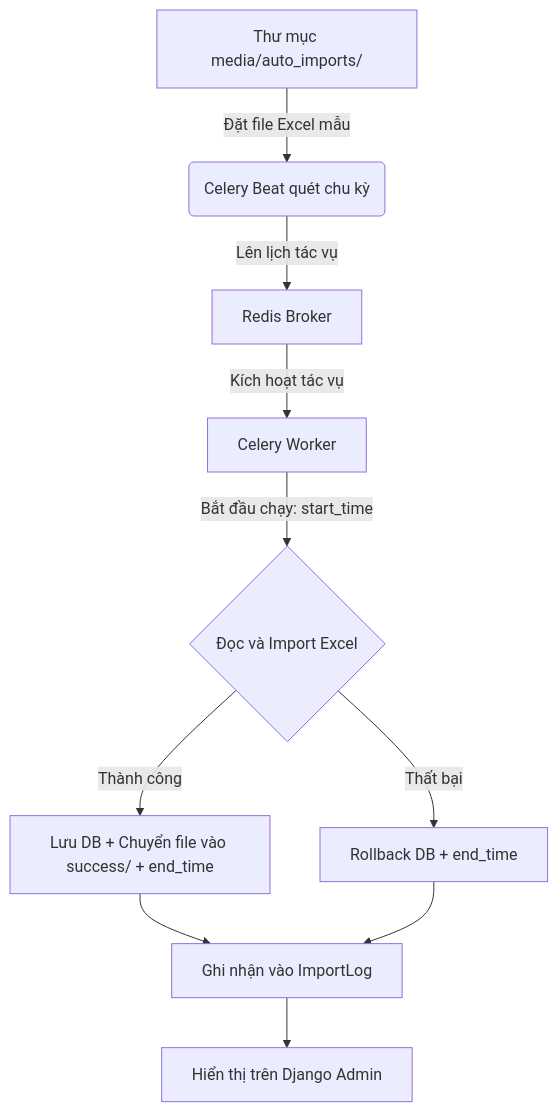
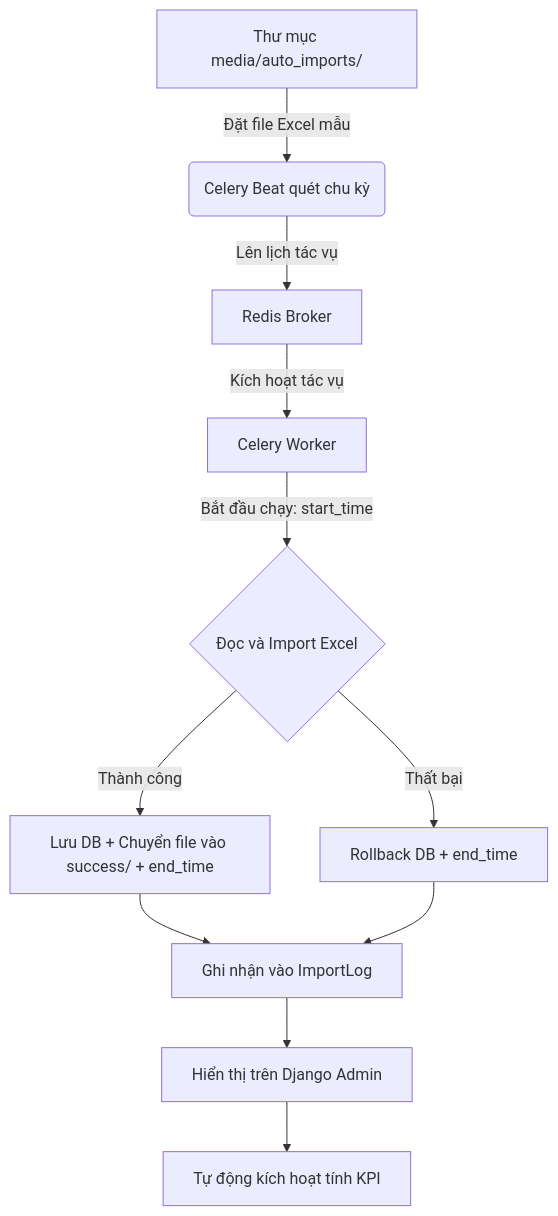
The diagram in DocumentAPI_Report2026.md (thanhlongts2k/dashboard-report), drawn with Mermaid before and after one commit. The commit also changed other lines of this file, not shown here.

````diff
--- a/DocumentAPI_Report2026.md
+++ b/DocumentAPI_Report2026.md
@@ -51,12 +51,13 @@
 ```mermaid
 graph TD
     A[Thư mục media/auto_imports/] -->|Đặt file Excel mẫu| B(Celery Beat quét chu kỳ)
     B -->|Lên lịch tác vụ| C[Redis Broker]
     C -->|Kích hoạt tác vụ| D[Celery Worker]
     D -->|Bắt đầu chạy: start_time| E{Đọc và Import Excel}
     E -->|Thành công| F[Lưu DB + Chuyển file vào success/ + end_time]
     E -->|Thất bại| G[Rollback DB + end_time]
     F --> H[Ghi nhận vào ImportLog]
     G --> H[Ghi nhận vào ImportLog]
     H --> I[Hiển thị trên Django Admin]
+    I --> J[Tự động kích hoạt tính KPI]
 ```
````
